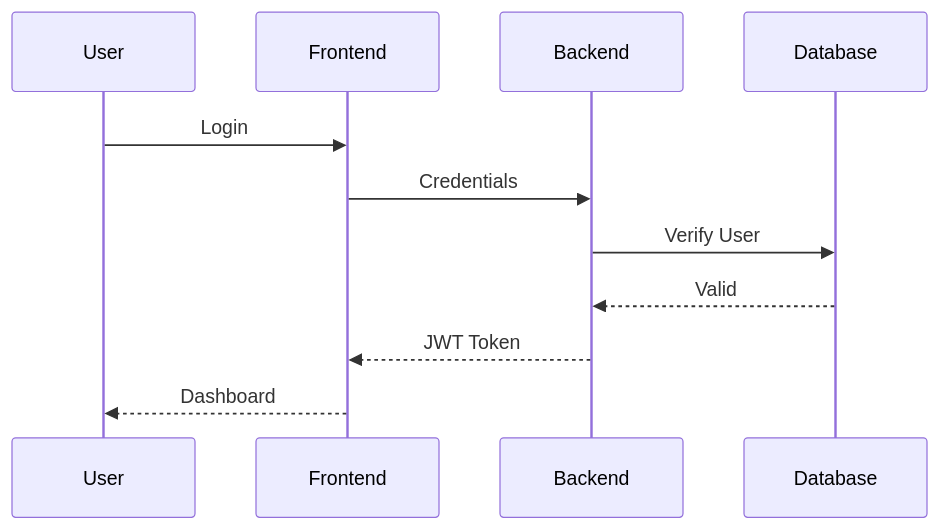
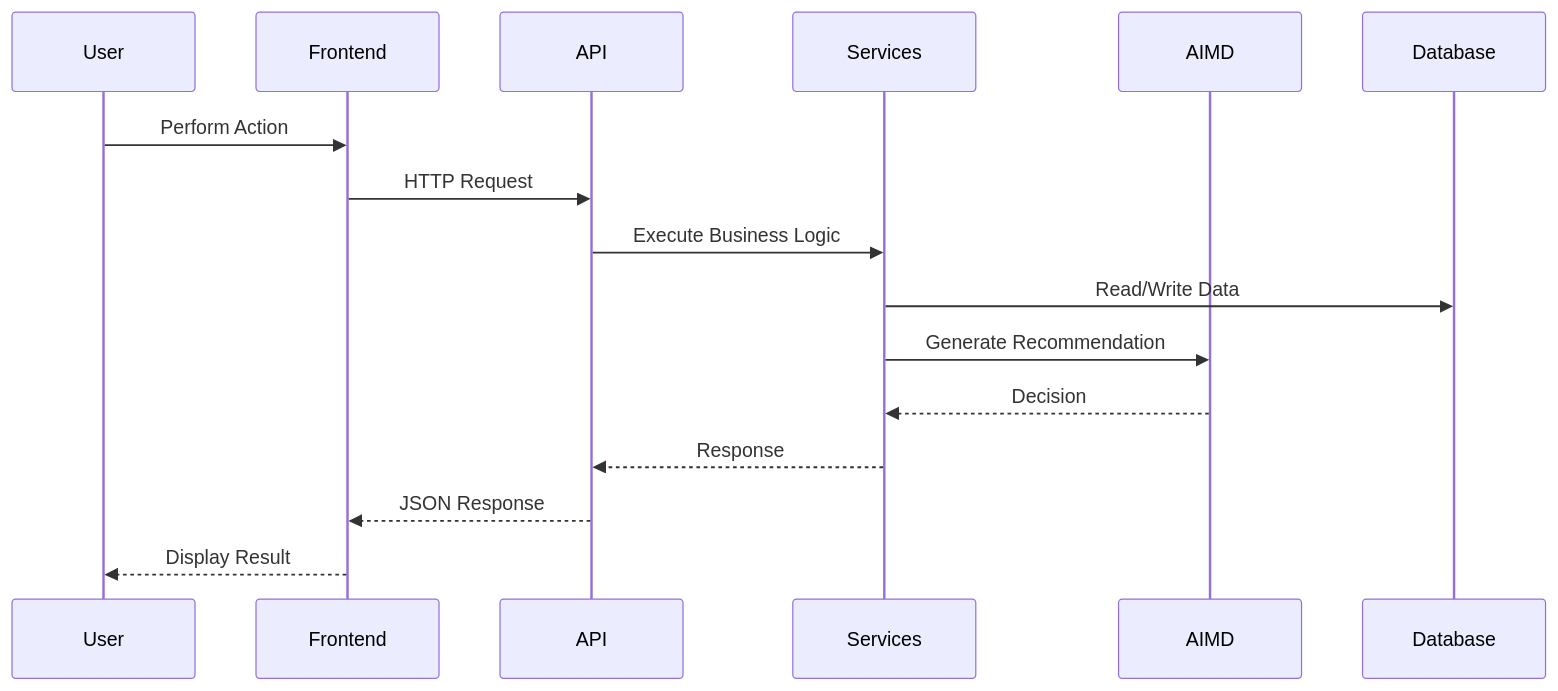
Before and after one commit to shailendrasinghrathore369/PhoenixML: the third of 9 diagrams in docs/05-sdd.md, drawn with Mermaid. The commit also changed other lines of this file and 6 other files, not shown here.

````diff
--- a/docs/05-sdd.md
+++ b/docs/05-sdd.md
@@ -342,15 +225,28 @@
 ```mermaid
 sequenceDiagram
 
-User->>Frontend: Login
+participant User
+participant Frontend
+participant API
+participant Services
+participant AIMD
+participant Database
 
-Frontend->>Backend: Credentials
+User->>Frontend: Perform Action
 
-Backend->>Database: Verify User
+Frontend->>API: HTTP Request
 
-Database-->>Backend: Valid
+API->>Services: Execute Business Logic
 
-Backend-->>Frontend: JWT Token
+Services->>Database: Read/Write Data
 
-Frontend-->>User: Dashboard
+Services->>AIMD: Generate Recommendation
+
+AIMD-->>Services: Decision
+
+Services-->>API: Response
+
+API-->>Frontend: JSON Response
+
+Frontend-->>User: Display Result
 ```
````
